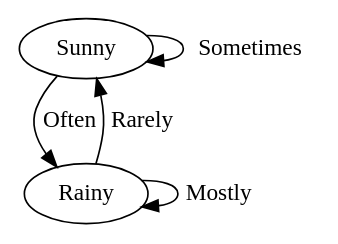
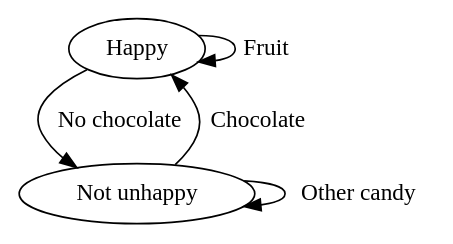
The diagram in BoostGraphTutorial/create_named_edges_and_vertices_markov_chain.dot (richelbilderbeek/boost_graph_cookbook_1), drawn with Graphviz before and after one commit. The commit also changed 19 other files, not shown here.

```diff
--- a/BoostGraphTutorial/create_named_edges_and_vertices_markov_chain.dot
+++ b/BoostGraphTutorial/create_named_edges_and_vertices_markov_chain.dot
@@ -1,8 +1,8 @@
 digraph G {
-0[label=Sunny];
-1[label=Rainy];
-0->0 [label="Sometimes"];
-0->1 [label="Often"];
-1->0 [label="Rarely"];
-1->1 [label="Mostly"];
+0[label=Happy];
+1[label="Not unhappy"];
+0->0 [label="Fruit"];
+0->1 [label="No chocolate"];
+1->0 [label="Chocolate"];
+1->1 [label="Other candy"];
 }
```
